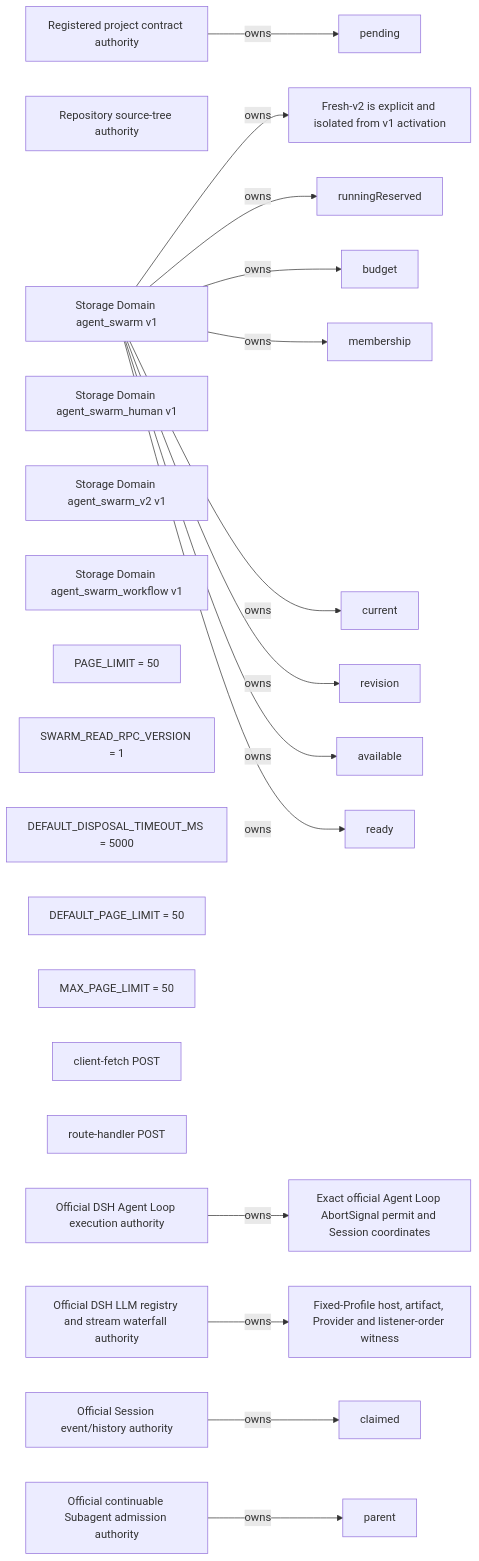
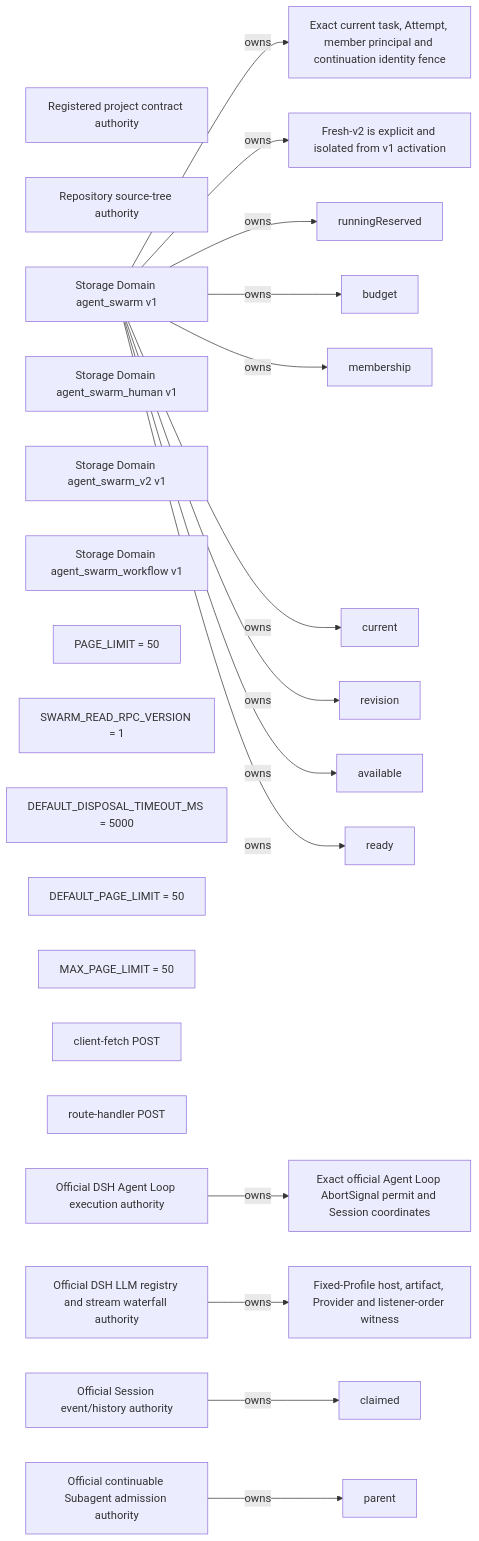
One commit to leinasi2014/dsh-agent-swarm changed the sixth of 6 diagrams in docs/generated/knowledge-graph/redlines.md. Above: the diagram before and after it, drawn with Mermaid. The commit also changed other lines of this file and 46 other files, not shown here.

Commit message:
feat: add fresh-v2 online attempt continuation

````diff
--- a/docs/generated/knowledge-graph/redlines.md
+++ b/docs/generated/knowledge-graph/redlines.md
@@ -112,46 +114,46 @@
 ```mermaid
 flowchart LR
   n_617574686f726974793a70726f6a6563742d636f6e747261637473["Registered project contract authority"]
   n_617574686f726974793a736f757263652d74726565["Repository source-tree authority"]
   n_646f6d61696e3a6167656e742d737761726d["Storage Domain agent_swarm v1"]
   n_646f6d61696e3a6167656e742d737761726d2d68756d616e["Storage Domain agent_swarm_human v1"]
   n_646f6d61696e3a6167656e742d737761726d2d7632["Storage Domain agent_swarm_v2 v1"]
   n_646f6d61696e3a6167656e742d737761726d2d776f726b666c6f77["Storage Domain agent_swarm_workflow v1"]
   n_67756172643a617474656d70742d72756e6e696e672d7265736572766564["runningReserved"]
   n_67756172643a6275646765742d7265736572766174696f6e2d61646d69737369626c65["budget"]
   n_67756172643a6361707461696e2d6f722d73656c662d6d656d62657273686970["membership"]
   n_67756172643a636c61696d65642d6672616d652d6f6e6c792d61636b6e6f776c656467656d656e74["claimed"]
   n_67756172643a65786163742d63757272656e742d617474656d7074["current"]
   n_67756172643a65786163742d7461736b2d7265766973696f6e["revision"]
+  n_67756172643a66726573682d76322d636f6e74696e756174696f6e2d65786163742d617474656d7074["Exact current task, Attempt, member principal and continuation identity fence"]
   n_67756172643a66726573682d76322d6578706572696d656e74616c2d61637469766174696f6e["Fresh-v2 is explicit and isolated from v1 activation"]
   n_67756172643a66726573682d76322d66697865642d70726f66696c652d7769746e6573732d6361706162696c697479["Fixed-Profile host, artifact, Provider and listener-order witness"]
   n_67756172643a66726573682d76322d6f6666696369616c2d6167656e742d6c6f6f702d72657175657374["Exact official Agent Loop AbortSignal permit and Session coordinates"]
   n_67756172643a6d656d6265722d6861732d6e6f2d6f70656e2d776f726b["available"]
   n_67756172643a6f6666696369616c2d6c6976652d6469726563742d706172656e742d61646d697373696f6e["parent"]
   n_67756172643a7270632d626f756e642f7372632f636c69656e742f7465616d2d64617368626f6172642d636f6e74726f6c6c65722e74732f706167655f6c696d6974["PAGE_LIMIT = 50"]
   n_67756172643a7270632d626f756e642f7372632f7270632f726561642d7270632d636f6e74726163742e74732f737761726d5f726561645f7270635f76657273696f6e["SWARM_READ_RPC_VERSION = 1"]
   n_67756172643a7270632d626f756e642f7372632f7270632f726561642d7270632d736572766963652e74732f64656661756c745f646973706f73616c5f74696d656f75745f6d73["DEFAULT_DISPOSAL_TIMEOUT_MS = 5000"]
   n_67756172643a7270632d626f756e642f7372632f7270632f726561642d7270632d736572766963652e74732f64656661756c745f706167655f6c696d6974["DEFAULT_PAGE_LIMIT = 50"]
   n_67756172643a7270632d626f756e642f7372632f7270632f726561642d7270632d736572766963652e74732f6d61785f706167655f6c696d6974["MAX_PAGE_LIMIT = 50"]
   n_67756172643a7270632d687474702f30312d7372632f636c69656e742f726561642d636c69656e742e7473["client-fetch POST"]
   n_67756172643a7270632d687474702f30322d7372632f7270632f726561642d7270632d736572766963652e7473["route-handler POST"]
   n_67756172643a7461736b2d7265616479["ready"]
   n_6f6666696369616c2d617574686f726974793a6167656e742d6c6f6f70["Official DSH Agent Loop execution authority"]
   n_6f6666696369616c2d617574686f726974793a6c6c6d2d72756e74696d65["Official DSH LLM registry and stream waterfall authority"]
   n_6f6666696369616c2d617574686f726974793a73657373696f6e["Official Session event/history authority"]
   n_6f6666696369616c2d617574686f726974793a7375626167656e74["Official continuable Subagent admission authority"]
-  n_7265646c696e653a6e6f2d70656e64696e672d6f722d756e6b6e6f776e2d61636b6e6f776c656467656d656e74["pending"]
+  n_646f6d61696e3a6167656e742d737761726d -->|owns| n_67756172643a66726573682d76322d636f6e74696e756174696f6e2d65786163742d617474656d7074
   n_646f6d61696e3a6167656e742d737761726d -->|owns| n_67756172643a66726573682d76322d6578706572696d656e74616c2d61637469766174696f6e
   n_6f6666696369616c2d617574686f726974793a6c6c6d2d72756e74696d65 -->|owns| n_67756172643a66726573682d76322d66697865642d70726f66696c652d7769746e6573732d6361706162696c697479
   n_6f6666696369616c2d617574686f726974793a6167656e742d6c6f6f70 -->|owns| n_67756172643a66726573682d76322d6f6666696369616c2d6167656e742d6c6f6f702d72657175657374
   n_646f6d61696e3a6167656e742d737761726d -->|owns| n_67756172643a617474656d70742d72756e6e696e672d7265736572766564
   n_646f6d61696e3a6167656e742d737761726d -->|owns| n_67756172643a6275646765742d7265736572766174696f6e2d61646d69737369626c65
   n_646f6d61696e3a6167656e742d737761726d -->|owns| n_67756172643a6361707461696e2d6f722d73656c662d6d656d62657273686970
   n_6f6666696369616c2d617574686f726974793a73657373696f6e -->|owns| n_67756172643a636c61696d65642d6672616d652d6f6e6c792d61636b6e6f776c656467656d656e74
   n_646f6d61696e3a6167656e742d737761726d -->|owns| n_67756172643a65786163742d63757272656e742d617474656d7074
   n_646f6d61696e3a6167656e742d737761726d -->|owns| n_67756172643a65786163742d7461736b2d7265766973696f6e
   n_646f6d61696e3a6167656e742d737761726d -->|owns| n_67756172643a6d656d6265722d6861732d6e6f2d6f70656e2d776f726b
   n_6f6666696369616c2d617574686f726974793a7375626167656e74 -->|owns| n_67756172643a6f6666696369616c2d6c6976652d6469726563742d706172656e742d61646d697373696f6e
   n_646f6d61696e3a6167656e742d737761726d -->|owns| n_67756172643a7461736b2d7265616479
-  n_617574686f726974793a70726f6a6563742d636f6e747261637473 -->|owns| n_7265646c696e653a6e6f2d70656e64696e672d6f722d756e6b6e6f776e2d61636b6e6f776c656467656d656e74
 ```
````
